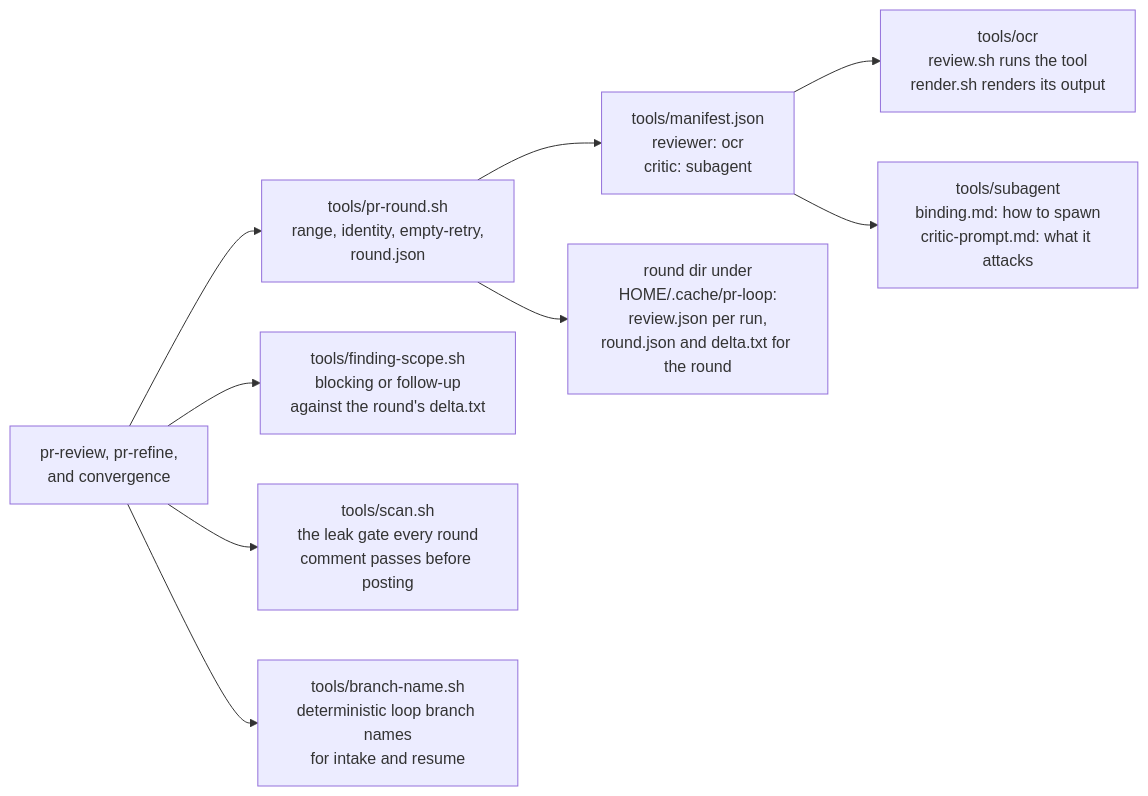
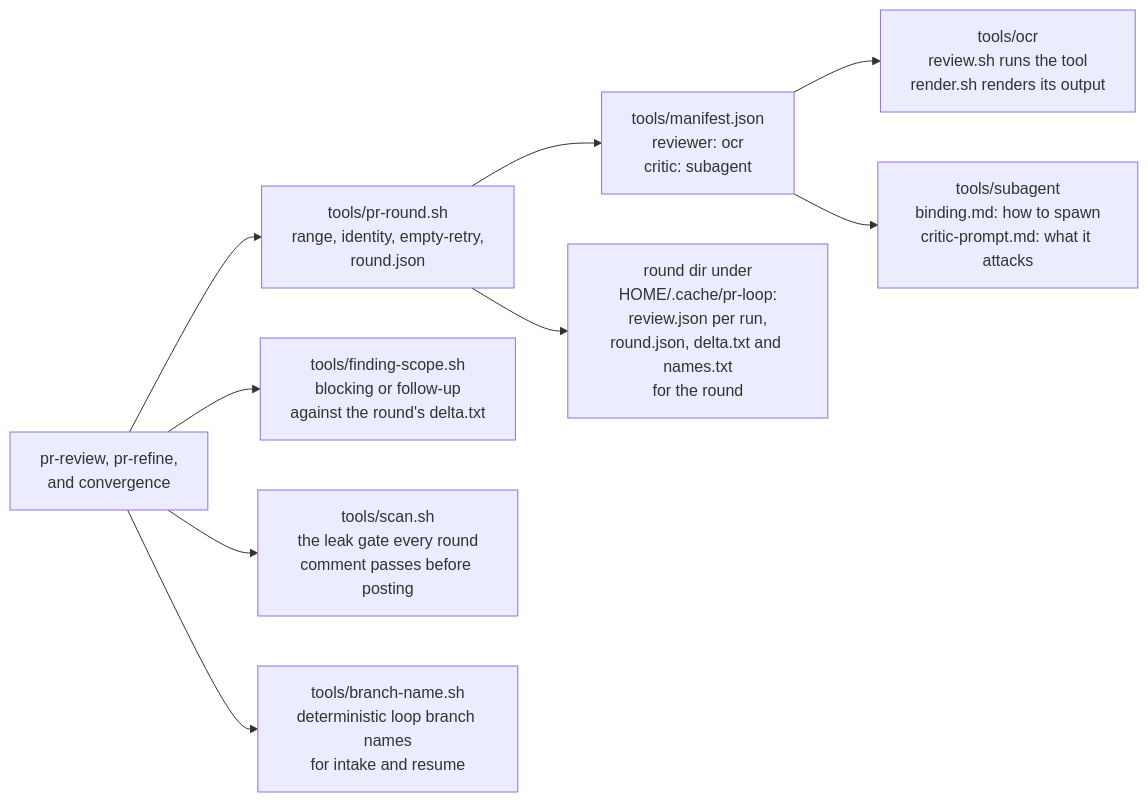
Before and after one commit to ryankanno/dotfiles: the second of 2 diagrams in dot_claude/skills/issue-to-pr/flow.md, drawn with Mermaid. The commit also changed 1 other file, not shown here.

Commit message:
docs(claude): name the listing artifact in the round-dir contract

````diff
--- a/dot_claude/skills/issue-to-pr/flow.md
+++ b/dot_claude/skills/issue-to-pr/flow.md
@@ -79,11 +79,11 @@
 ```mermaid
 flowchart LR
     S["pr-review, pr-refine,<br/>and convergence"] --> P["tools/pr-round.sh<br/>range, identity, empty-retry,<br/>round.json"]
     P --> M["tools/manifest.json<br/>reviewer: ocr<br/>critic: subagent"]
     S --> FS["tools/finding-scope.sh<br/>blocking or follow-up<br/>against the round's delta.txt"]
     M --> R["tools/ocr<br/>review.sh runs the tool<br/>render.sh renders its output"]
     M --> C["tools/subagent<br/>binding.md: how to spawn<br/>critic-prompt.md: what it attacks"]
-    P --> O["round dir under<br/>HOME/.cache/pr-loop:<br/>review.json per run,<br/>round.json and delta.txt for the round"]
+    P --> O["round dir under<br/>HOME/.cache/pr-loop:<br/>review.json per run,<br/>round.json, delta.txt and names.txt<br/>for the round"]
     S --> SC["tools/scan.sh<br/>the leak gate every round<br/>comment passes before posting"]
     S --> BN["tools/branch-name.sh<br/>deterministic loop branch names<br/>for intake and resume"]
 ```
````
